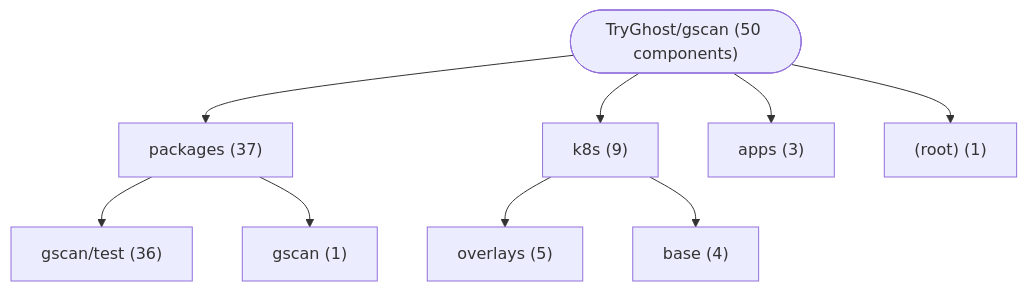
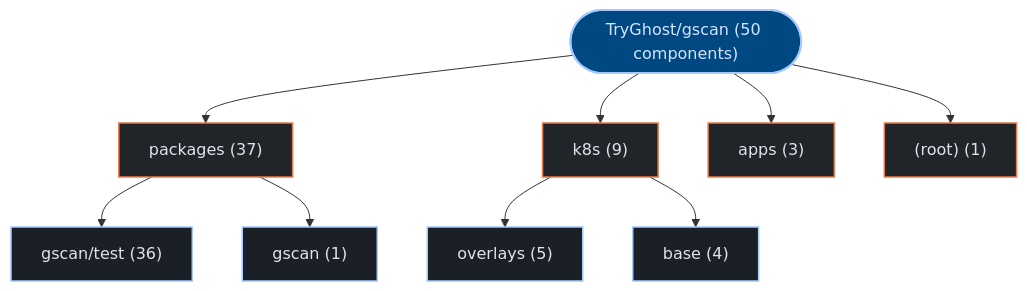
Before and after one commit to kumarshaz/atruss-code-atlas: the first of 3 diagrams in exports/latest/reports/TryGhost-gscan-report.md, drawn with Mermaid. The commit also changed other lines of this file and 331 other files, not shown here.

Commit message:
docs,ui,fix: update SDLC docs, reorder CI/CD DAG first, stylize Mermaid, and fix Arc42 pipeline topology

````diff
--- a/exports/latest/reports/TryGhost-gscan-report.md
+++ b/exports/latest/reports/TryGhost-gscan-report.md
@@ -42,20 +42,27 @@
 ```mermaid
 graph TD;
-    repo_root(["TryGhost/gscan (50 components)"])
-    dir_0_packages["packages (37)"]
+  classDef atlasRoot fill:#004882,stroke:#a3c9ff,stroke-width:2px,color:#d3e4ff
+  classDef atlasCategory fill:#212428,stroke:#E87A48,stroke-width:1.5px,color:#dfe3eb
+  classDef atlasWorkflow fill:#1b2026,stroke:#a3c9ff,stroke-width:1.5px,color:#dfe3eb
+  classDef atlasJob fill:#171c22,stroke:#8d9199,stroke-width:1px,color:#dfe3eb
+  classDef atlasTarget fill:#005227,stroke:#8bd99b,stroke-width:1.5px,color:#a7f6b6
+  classDef atlasAlert fill:#93000a,stroke:#ffb4ab,stroke-width:1.5px,color:#ffdad6
+  classDef atlasMore fill:#252a31,stroke:#8d9199,stroke-dasharray:4 4,color:#c3c6cf
+    repo_root(["TryGhost/gscan (50 components)"]):::atlasRoot
+    dir_0_packages["packages (37)"]:::atlasCategory
     repo_root --> dir_0_packages
-    sub_0_0_gscan_test["gscan/test (36)"]
+    sub_0_0_gscan_test["gscan/test (36)"]:::atlasWorkflow
     dir_0_packages --> sub_0_0_gscan_test
-    sub_0_1_gscan["gscan (1)"]
+    sub_0_1_gscan["gscan (1)"]:::atlasWorkflow
     dir_0_packages --> sub_0_1_gscan
-    dir_1_k8s["k8s (9)"]
+    dir_1_k8s["k8s (9)"]:::atlasCategory
     repo_root --> dir_1_k8s
-    sub_1_0_overlays["overlays (5)"]
+    sub_1_0_overlays["overlays (5)"]:::atlasWorkflow
     dir_1_k8s --> sub_1_0_overlays
-    sub_1_1_base["base (4)"]
+    sub_1_1_base["base (4)"]:::atlasWorkflow
     dir_1_k8s --> sub_1_1_base
-    dir_2_apps["apps (3)"]
+    dir_2_apps["apps (3)"]:::atlasCategory
     repo_root --> dir_2_apps
-    dir_3__root_["(root) (1)"]
+    dir_3__root_["(root) (1)"]:::atlasCategory
     repo_root --> dir_3__root_
 ```
````
